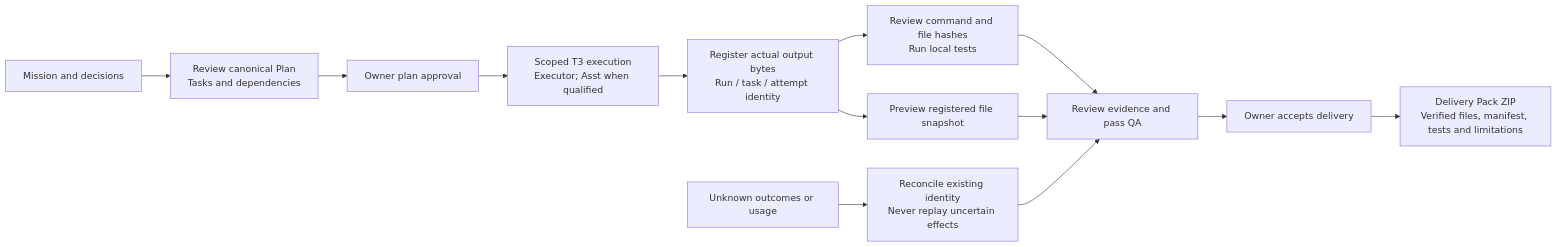
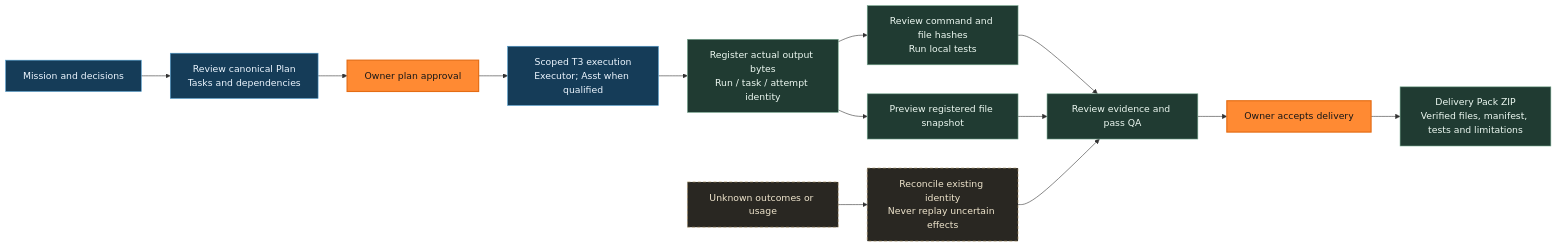
Before and after one commit to siriponsri/forge-agents: the diagram in docs/media/software-delivery.mmd, drawn with Mermaid. The commit also changed 5 other files, not shown here.

```diff
--- a/docs/media/software-delivery.mmd
+++ b/docs/media/software-delivery.mmd
@@ -1,13 +1,21 @@
 flowchart LR
   Brief[Mission and decisions] --> Plan[Review canonical Plan<br/>Tasks and dependencies]
   Plan --> Approve[Owner plan approval]
   Approve --> Execute[Scoped T3 execution<br/>Executor; Asst when qualified]
   Execute --> Register[Register actual output bytes<br/>Run / task / attempt identity]
   Register --> Test[Review command and file hashes<br/>Run local tests]
   Register --> Preview[Preview registered file snapshot]
   Test --> QA[Review evidence and pass QA]
   Preview --> QA
   QA --> Owner[Owner accepts delivery]
   Owner --> ZIP[Delivery Pack ZIP<br/>Verified files, manifest, tests and limitations]
   Unknown[Unknown outcomes or usage] --> Reconcile[Reconcile existing identity<br/>Never replay uncertain effects]
   Reconcile --> QA
+  classDef owner fill:#ff8a33,color:#171717,stroke:#e46c14,stroke-width:2px;
+  classDef work fill:#153c58,color:#edf6ff,stroke:#4f9bcc;
+  classDef evidence fill:#203b32,color:#edf9f2,stroke:#76a88e;
+  classDef unknown fill:#292722,color:#efe5cd,stroke:#ad9666,stroke-dasharray:5 4;
+  class Approve,Owner owner;
+  class Brief,Plan,Execute work;
+  class Register,Test,Preview,QA,ZIP evidence;
+  class Unknown,Reconcile unknown;
```
